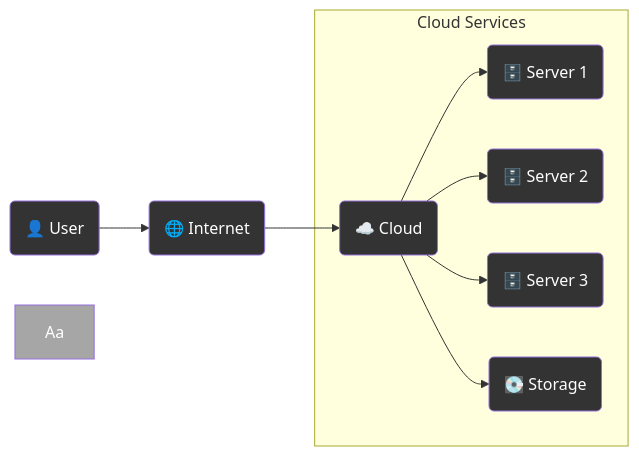
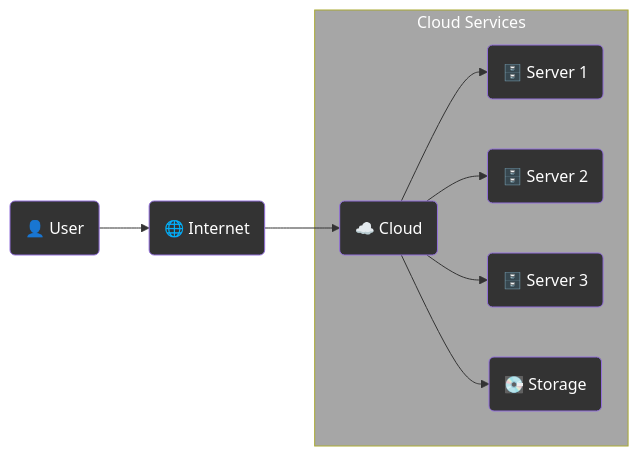
The third of 12 diagrams in content/articles/capitulo-1.md (AlexJYad/F5-web-knowledge), drawn with Mermaid before and after one commit.

Commit message:
fix: md 1.1 end

````diff
--- a/content/articles/capitulo-1.md
+++ b/content/articles/capitulo-1.md
@@ -157,24 +157,24 @@
 ```mermaid
 flowchart LR
    A(👤 User)
    B(🌐 Internet)
    C(☁️ Cloud)
    D(🗄️ Server 1)
    E(🗄️ Server 2)
    F(🗄️ Server 3)
    G(💽 Storage)
 
    A --> B
    B --> C
 
-   subgraph LR Aa[Cloud Services]
+   subgraph Aa[Cloud Services]
       C --> D
       C --> E
       C --> F
       C --> G
    end
 
    classDef styleNods color:#FFFFFF, fill:#333333
    class A,B,C,D,E,F,G styleNods
    style Aa color:#FFFFFF,fill:#A6A6A6
 ```
````
